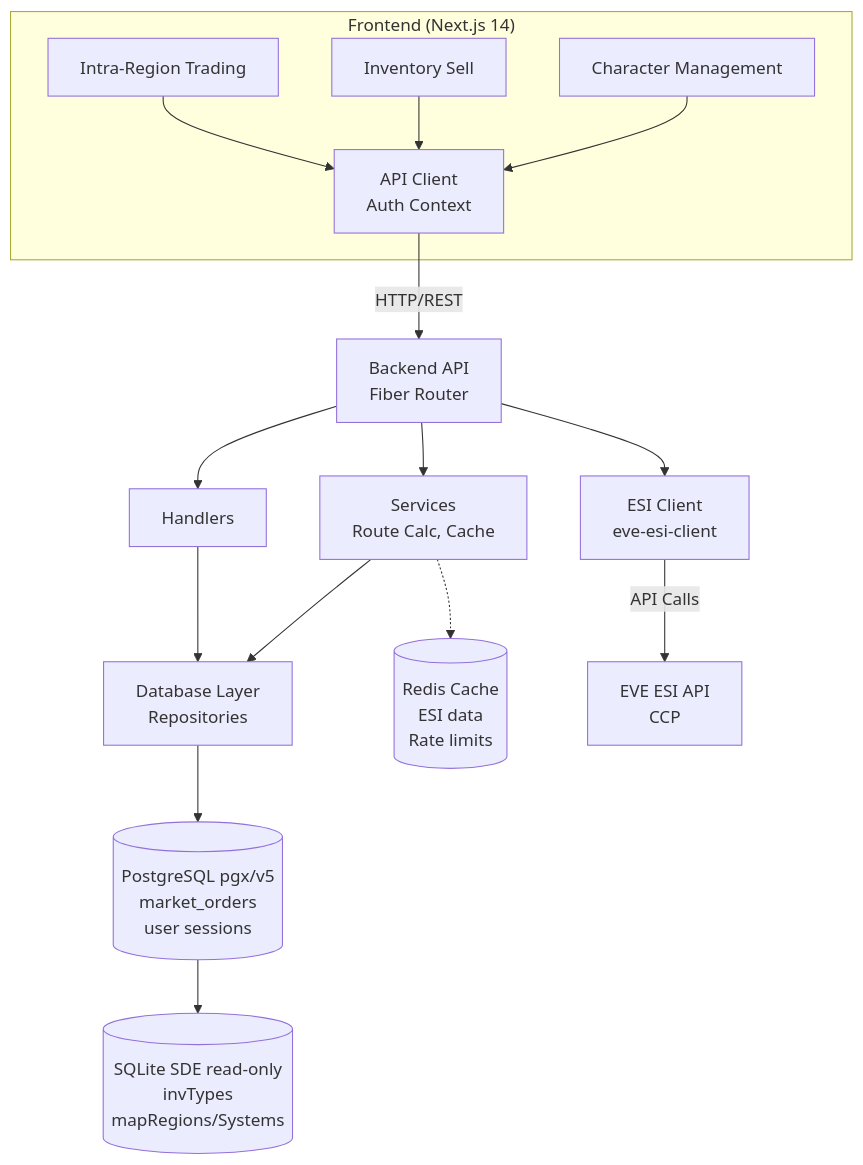
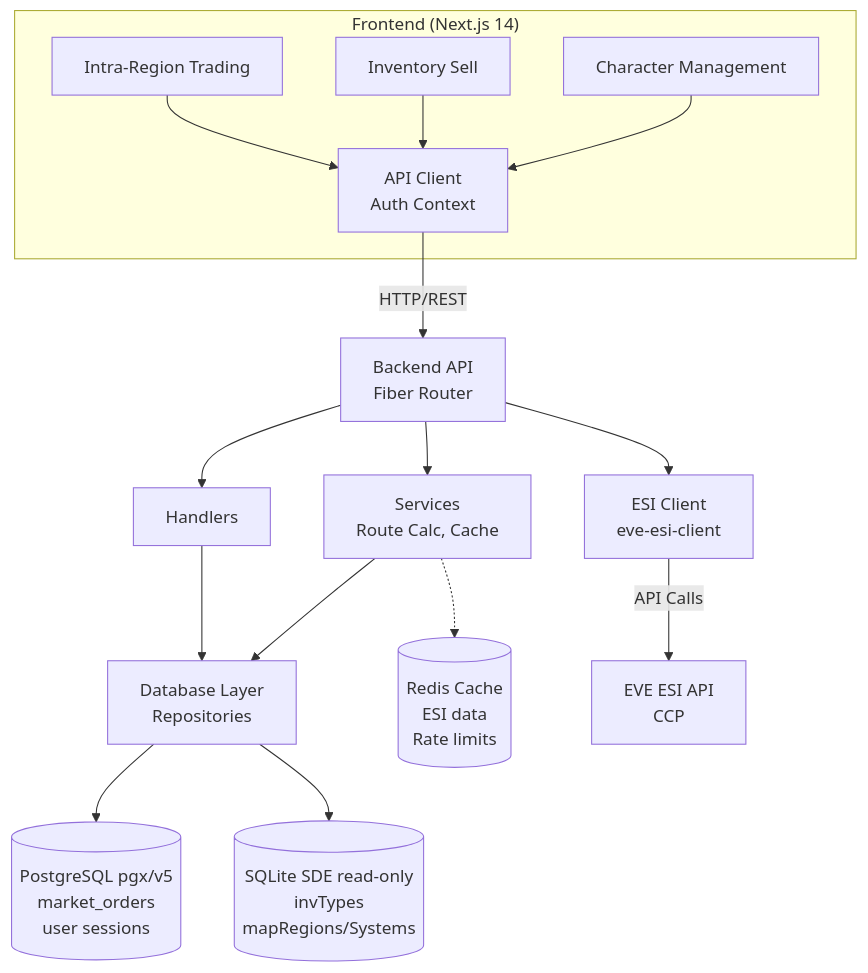
Before and after one commit to Sternrassler/eve-o-provit: the first of 2 diagrams in docs/ARCHITECTURE.md, drawn with Mermaid. The commit also changed other lines of this file, not shown here.

First line of the commit message:
docs: korrigiere DB-Architektur Diagramm

````diff
--- a/docs/ARCHITECTURE.md
+++ b/docs/ARCHITECTURE.md
@@ -18,26 +18,26 @@
 ```mermaid
 graph TB
     subgraph Frontend["Frontend (Next.js 14)"]
         IntraRegion[Intra-Region Trading]
         InventorySell[Inventory Sell]
         CharMgmt[Character Management]
         IntraRegion --> APIClient[API Client<br/>Auth Context]
         InventorySell --> APIClient
         CharMgmt --> APIClient
     end
     
     APIClient -->|HTTP/REST| BackendAPI[Backend API<br/>Fiber Router]
     
     BackendAPI --> Handlers[Handlers]
     BackendAPI --> Services[Services<br/>Route Calc, Cache]
     BackendAPI --> ESIClient[ESI Client<br/>eve-esi-client]
     
     Handlers --> DBLayer[Database Layer<br/>Repositories]
     Services --> DBLayer
     
     DBLayer --> PostgreSQL[(PostgreSQL pgx/v5<br/>market_orders<br/>user sessions)]
-    PostgreSQL --> SQLite[(SQLite SDE read-only<br/>invTypes<br/>mapRegions/Systems)]
+    DBLayer --> SQLite[(SQLite SDE read-only<br/>invTypes<br/>mapRegions/Systems)]
     
     Services -.-> Redis[(Redis Cache<br/>ESI data<br/>Rate limits)]
     ESIClient -->|API Calls| ESIAPI[EVE ESI API<br/>CCP]
 ```
````
